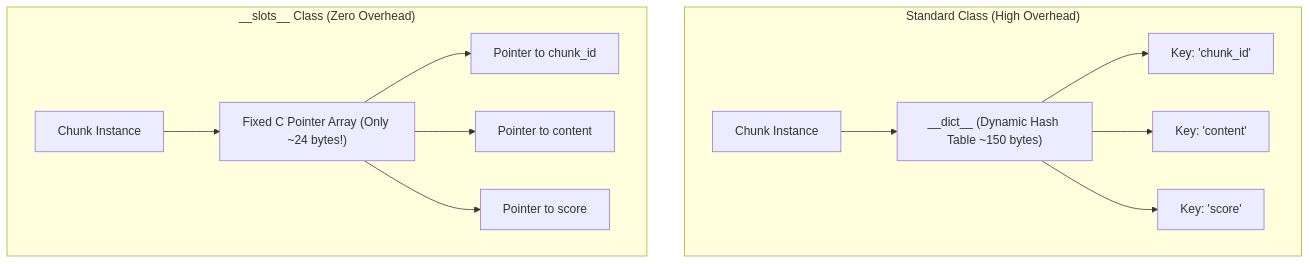
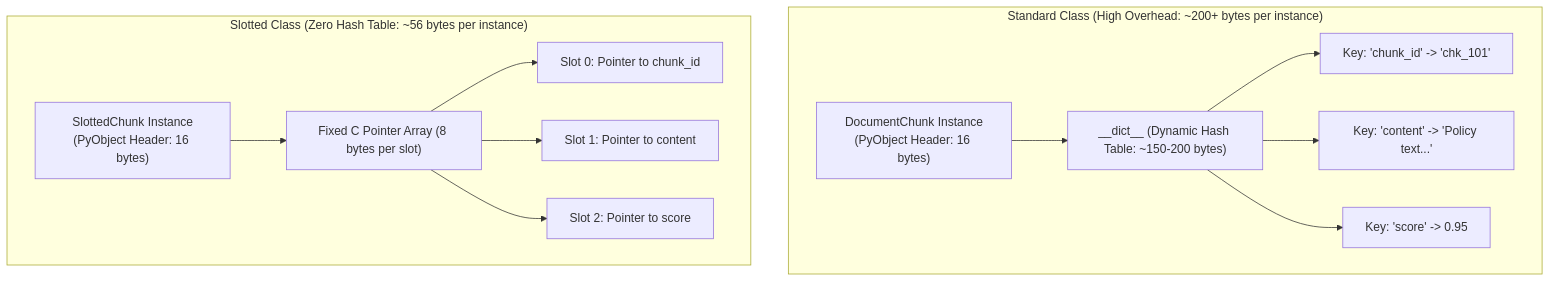
The seventh of 14 diagrams in Python_FastAPI_AI_Architect/11_Module_11_CPython_Internals_and_Memory.md (primecoderIN/learning-docs), drawn with Mermaid before and after one commit. The commit also changed other lines of this file and 21 other files, not shown here.

````diff
--- a/Python_FastAPI_AI_Architect/11_Module_11_CPython_Internals_and_Memory.md
+++ b/Python_FastAPI_AI_Architect/11_Module_11_CPython_Internals_and_Memory.md
@@ -105,16 +659,16 @@
 ```mermaid
 flowchart TD
-    subgraph StandardClass["Standard Class (High Overhead)"]
-        Obj1["Chunk Instance"] --> Dict1["__dict__ (Dynamic Hash Table ~150 bytes)"]
-        Dict1 --> K1["Key: 'chunk_id'"]
-        Dict1 --> K2["Key: 'content'"]
-        Dict1 --> K3["Key: 'score'"]
+    subgraph StandardClass["Standard Class (High Overhead: ~200+ bytes per instance)"]
+        Inst1["DocumentChunk Instance<br/>(PyObject Header: 16 bytes)"] --> Dict1["__dict__ (Dynamic Hash Table: ~150-200 bytes)"]
+        Dict1 --> K1["Key: 'chunk_id' -> 'chk_101'"]
+        Dict1 --> K2["Key: 'content' -> 'Policy text...'"]
+        Dict1 --> K3["Key: 'score' -> 0.95"]
     end
 
-    subgraph SlottedClass["__slots__ Class (Zero Overhead)"]
-        Obj2["Chunk Instance"] --> SlotsArr["Fixed C Pointer Array (Only ~24 bytes!)"]
-        SlotsArr --> P1["Pointer to chunk_id"]
-        SlotsArr --> P2["Pointer to content"]
-        SlotsArr --> P3["Pointer to score"]
+    subgraph SlottedClass["Slotted Class (Zero Hash Table: ~56 bytes per instance)"]
+        Inst2["SlottedChunk Instance<br/>(PyObject Header: 16 bytes)"] --> PtrArr["Fixed C Pointer Array (8 bytes per slot)"]
+        PtrArr --> P1["Slot 0: Pointer to chunk_id"]
+        PtrArr --> P2["Slot 1: Pointer to content"]
+        PtrArr --> P3["Slot 2: Pointer to score"]
     end
 ```
````
